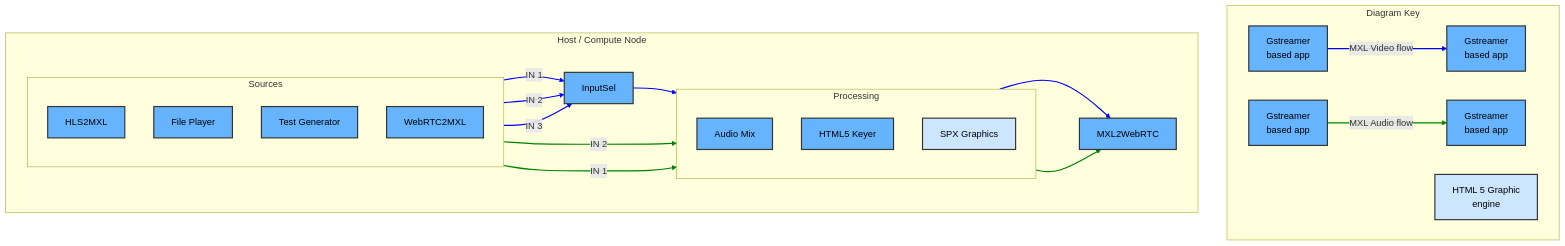
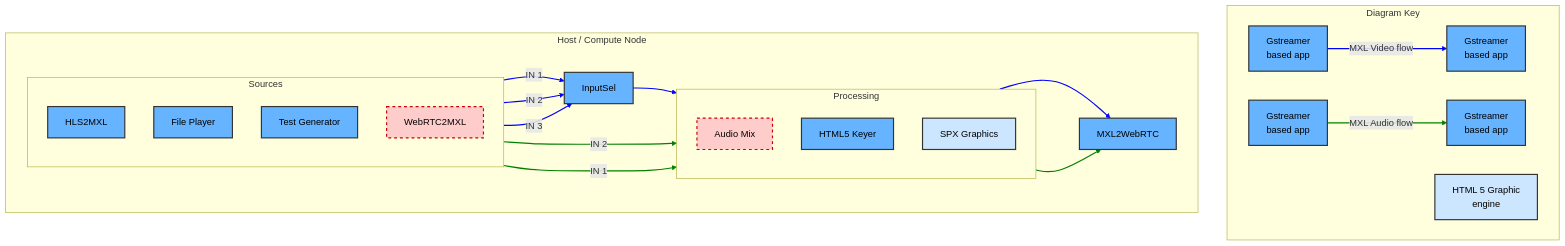
One commit to cbcrc/mxl-hands-on changed the diagram in Exercises/Exercise5.md. Above: the diagram before and after it, drawn with Mermaid.

Commit message:
making the audio application future in the diagram of exercise-5

```diff
--- a/Exercises/Exercise5.md
+++ b/Exercises/Exercise5.md
@@ -74,9 +74,11 @@
         %% Node Styling
         classDef gstreamer fill:#66b3ff,color:black,stroke:#333,stroke-width:2px;
         classDef control fill:#007bff,color:#fff,stroke:#333,stroke-width:2px;
-        classDef other fill:#cce6ff,color:black,stroke:#333,stroke-width:2px
+        classDef other fill:#cce6ff,color:black,stroke:#333,stroke-width:2px;
+        classDef future fill:#ffcccc,color:black,stroke:#cc0000,stroke-width:2px,stroke-dasharray:5 5
 
-        class HLS2MXL,LoopPlayer,TestGen,WebRTC2MXL,InputSel,AudioMix,HTML5Keyer,MXL2WebRTC,k1,kt1,k2,kt2,k3 gstreamer
+        class HLS2MXL,LoopPlayer,TestGen,InputSel,HTML5Keyer,MXL2WebRTC,k1,kt1,k2,kt2,k3 gstreamer
+        class WebRTC2MXL,AudioMix future
         class NmosRegistry,DummyNmosNode,NmosController,kt3 control
         class SPXGraphics,k4 other
 
```
